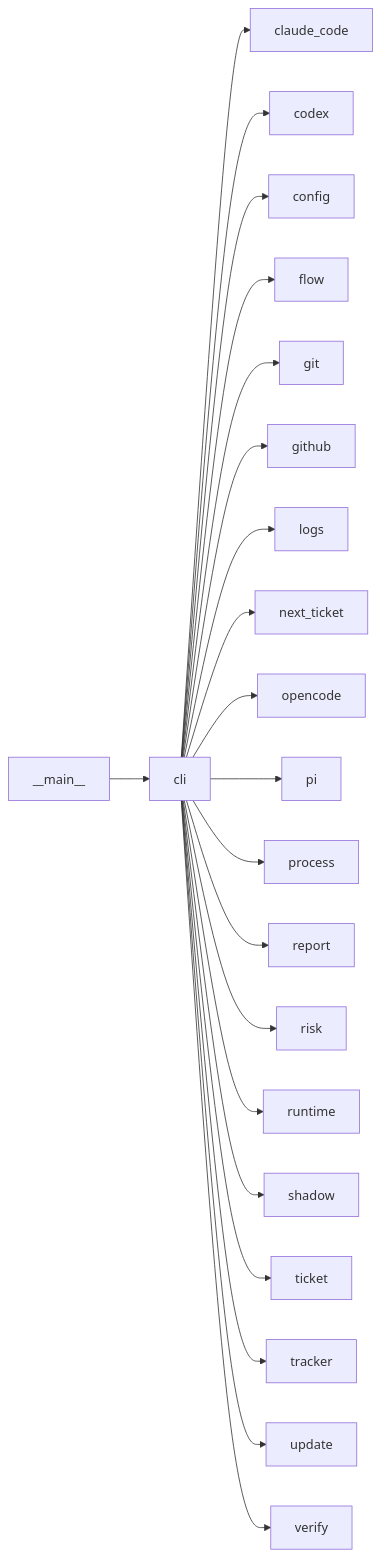
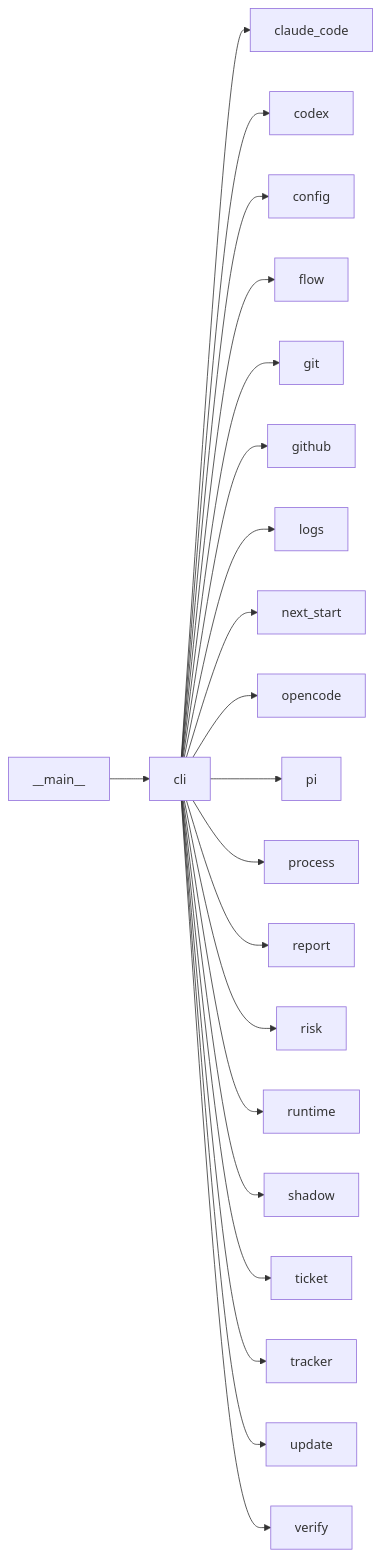
One commit to plaplanche/ariane changed the third of 3 diagrams in docs/architecture/modules/cli.md. Above: the diagram before and after it, drawn with Mermaid. The commit also changed other lines of this file and 27 other files, not shown here.

````diff
--- a/docs/architecture/modules/cli.md
+++ b/docs/architecture/modules/cli.md
@@ -91,23 +91,23 @@
 ```mermaid
 flowchart LR
   __main__ --> cli
   cli --> claude_code
   cli --> codex
   cli --> config
   cli --> flow
   cli --> git
   cli --> github
   cli --> logs
-  cli --> next_ticket
+  cli --> next_start
   cli --> opencode
   cli --> pi
   cli --> process
   cli --> report
   cli --> risk
   cli --> runtime
   cli --> shadow
   cli --> ticket
   cli --> tracker
   cli --> update
   cli --> verify
 ```
````
